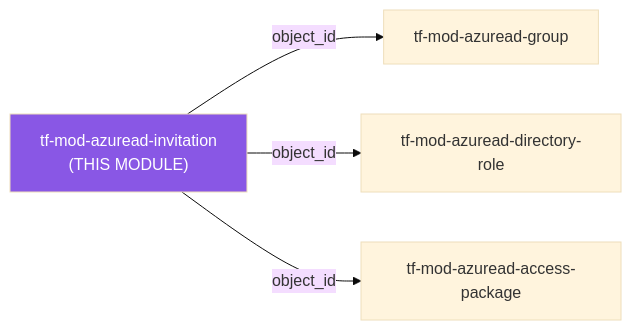
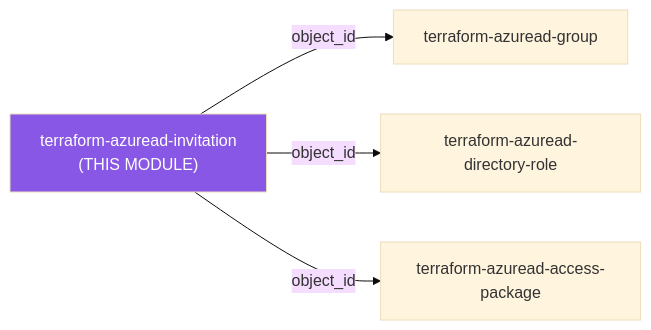
The first of 2 diagrams in README.md (microsoftexpert/terraform-azuread-invitation), drawn with Mermaid (base theme) before and after one commit. The commit also changed other lines of this file and 2 other files, not shown here.

````diff
--- a/README.md
+++ b/README.md
@@ -42,13 +42,13 @@
 ```mermaid
 flowchart LR
- THIS["tf-mod-azuread-invitation<br/>(THIS MODULE)"]
- GROUP["tf-mod-azuread-group"]
- ROLE["tf-mod-azuread-directory-role"]
- PKG["tf-mod-azuread-access-package"]
+ THIS["terraform-azuread-invitation<br/>(THIS MODULE)"]
+ GROUP["terraform-azuread-group"]
+ ROLE["terraform-azuread-directory-role"]
+ PKG["terraform-azuread-access-package"]
 
  THIS -->|"object_id"| GROUP
  THIS -->|"object_id"| ROLE
  THIS -->|"object_id"| PKG
 
  style THIS fill:#8957E5,color:#fff
 ```
````
